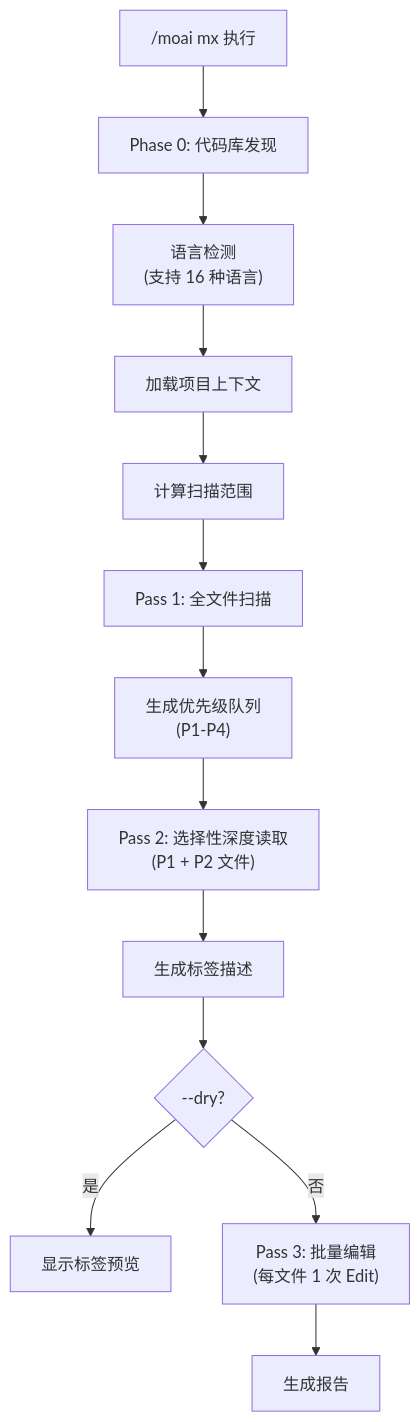
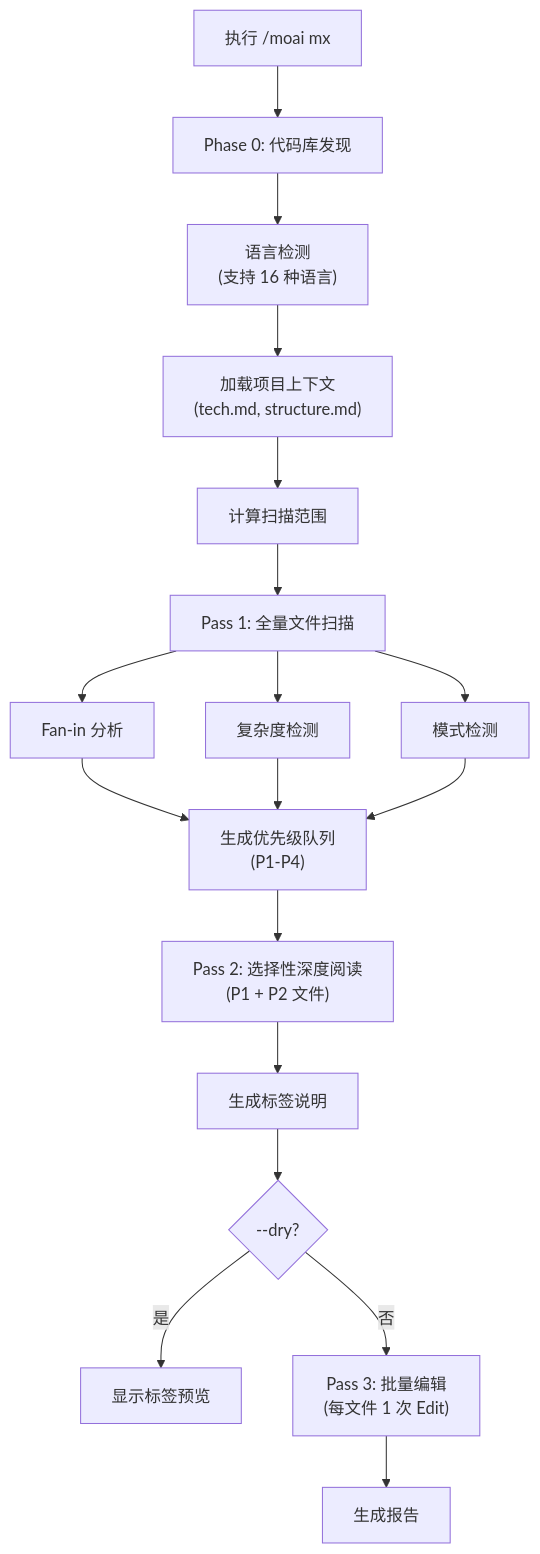
Before and after one commit to modu-ai/moai-adk: the first of 2 diagrams in docs-site/content/zh/utility-commands/moai-mx.md, drawn with Mermaid. The commit also changed other lines of this file and 395 other files, not shown here.

````diff
--- a/docs-site/content/zh/utility-commands/moai-mx.md
+++ b/docs-site/content/zh/utility-commands/moai-mx.md
@@ -79,19 +83,24 @@
 ```mermaid
 flowchart TD
-    Start["/moai mx 执行"] --> Phase0["Phase 0: 代码库发现"]
+    Start["执行 /moai mx"] --> Phase0["Phase 0: 代码库发现"]
 
     Phase0 --> LangDetect["语言检测<br/>(支持 16 种语言)"]
-    LangDetect --> Context["加载项目上下文"]
+    LangDetect --> Context["加载项目上下文<br/>(tech.md, structure.md)"]
     Context --> Scope["计算扫描范围"]
 
-    Scope --> Pass1["Pass 1: 全文件扫描"]
-    Pass1 --> Queue["生成优先级队列<br/>(P1-P4)"]
+    Scope --> Pass1["Pass 1: 全量文件扫描"]
+    Pass1 --> FanIn["Fan-in 分析"]
+    Pass1 --> Complexity["复杂度检测"]
+    Pass1 --> Pattern["模式检测"]
+    FanIn --> Queue["生成优先级队列<br/>(P1-P4)"]
+    Complexity --> Queue
+    Pattern --> Queue
 
-    Queue --> Pass2["Pass 2: 选择性深度读取<br/>(P1 + P2 文件)"]
-    Pass2 --> Generate["生成标签描述"]
+    Queue --> Pass2["Pass 2: 选择性深度阅读<br/>(P1 + P2 文件)"]
+    Pass2 --> Generate["生成标签说明"]
 
     Generate --> Pass3{"--dry?"}
     Pass3 -->|是| Preview["显示标签预览"]
     Pass3 -->|否| Insert["Pass 3: 批量编辑<br/>(每文件 1 次 Edit)"]
     Insert --> Report["生成报告"]
 ```
````
